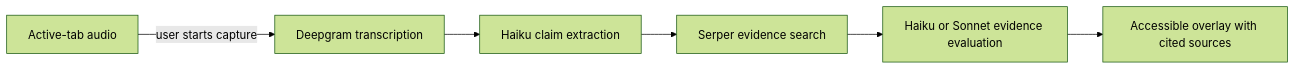
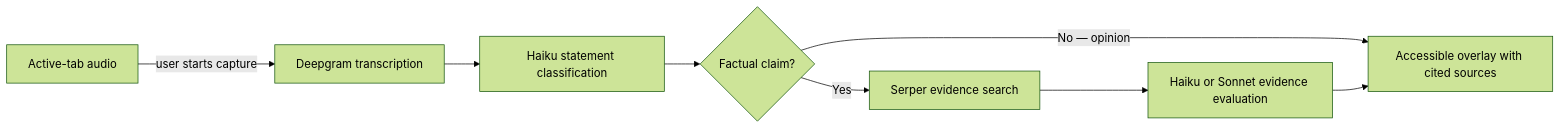
Before and after one commit to chrimatte/intruth-factcheck: the diagram in README.md, drawn with Mermaid (forest theme). The commit also changed other lines of this file and 16 other files, not shown here.

````diff
--- a/README.md
+++ b/README.md
@@ -11,8 +11,10 @@
 ```mermaid
 flowchart LR
   A["Active-tab audio"] -->|"user starts capture"| B["Deepgram transcription"]
-  B --> C["Haiku claim extraction"]
-  C --> D["Serper evidence search"]
+  B --> C["Haiku statement classification"]
+  C --> G{"Factual claim?"}
+  G -->|"No — opinion"| F
+  G -->|"Yes"| D["Serper evidence search"]
   D --> E["Haiku or Sonnet evidence evaluation"]
   E --> F["Accessible overlay with cited sources"]
 ```
````
